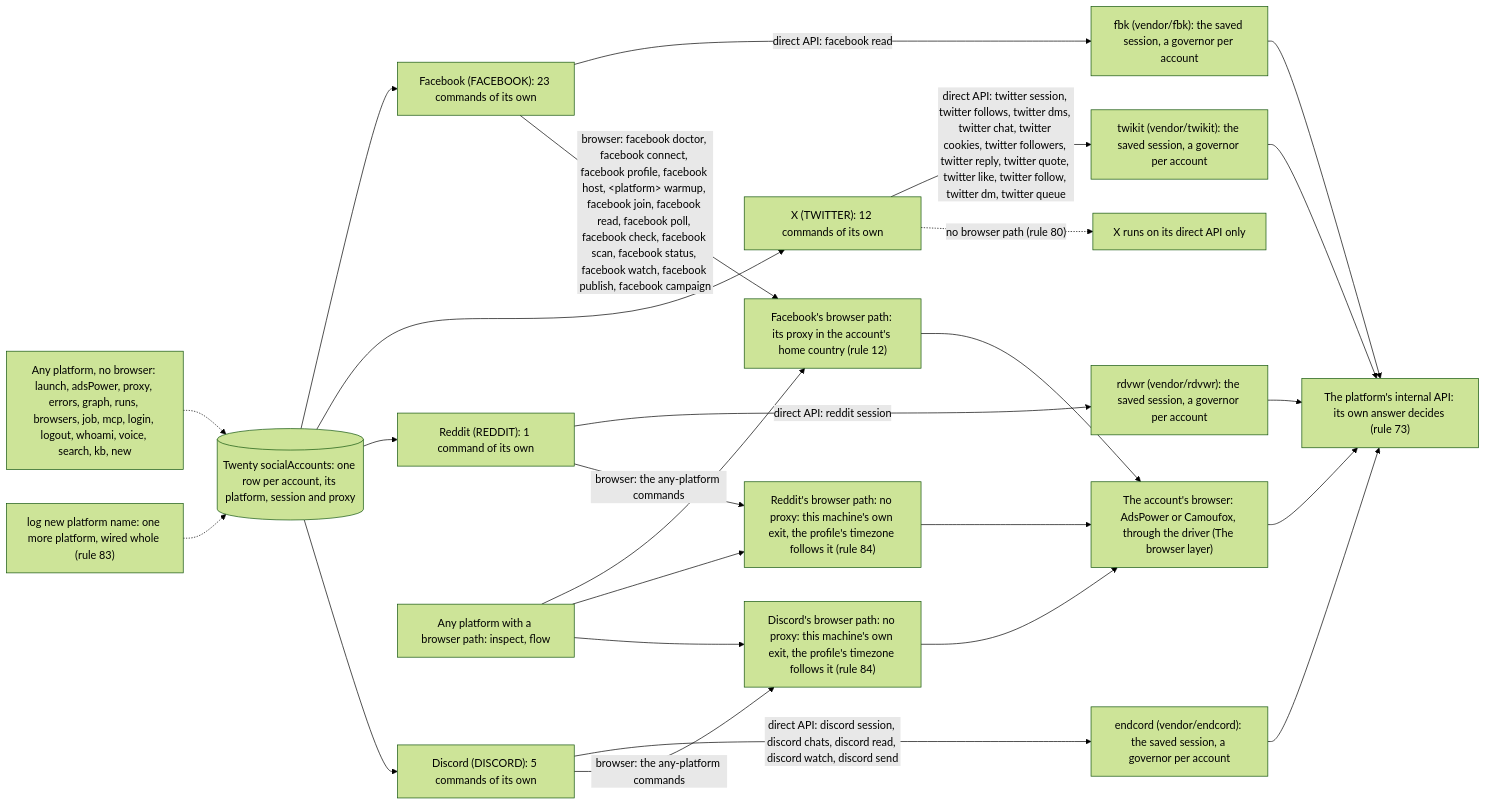
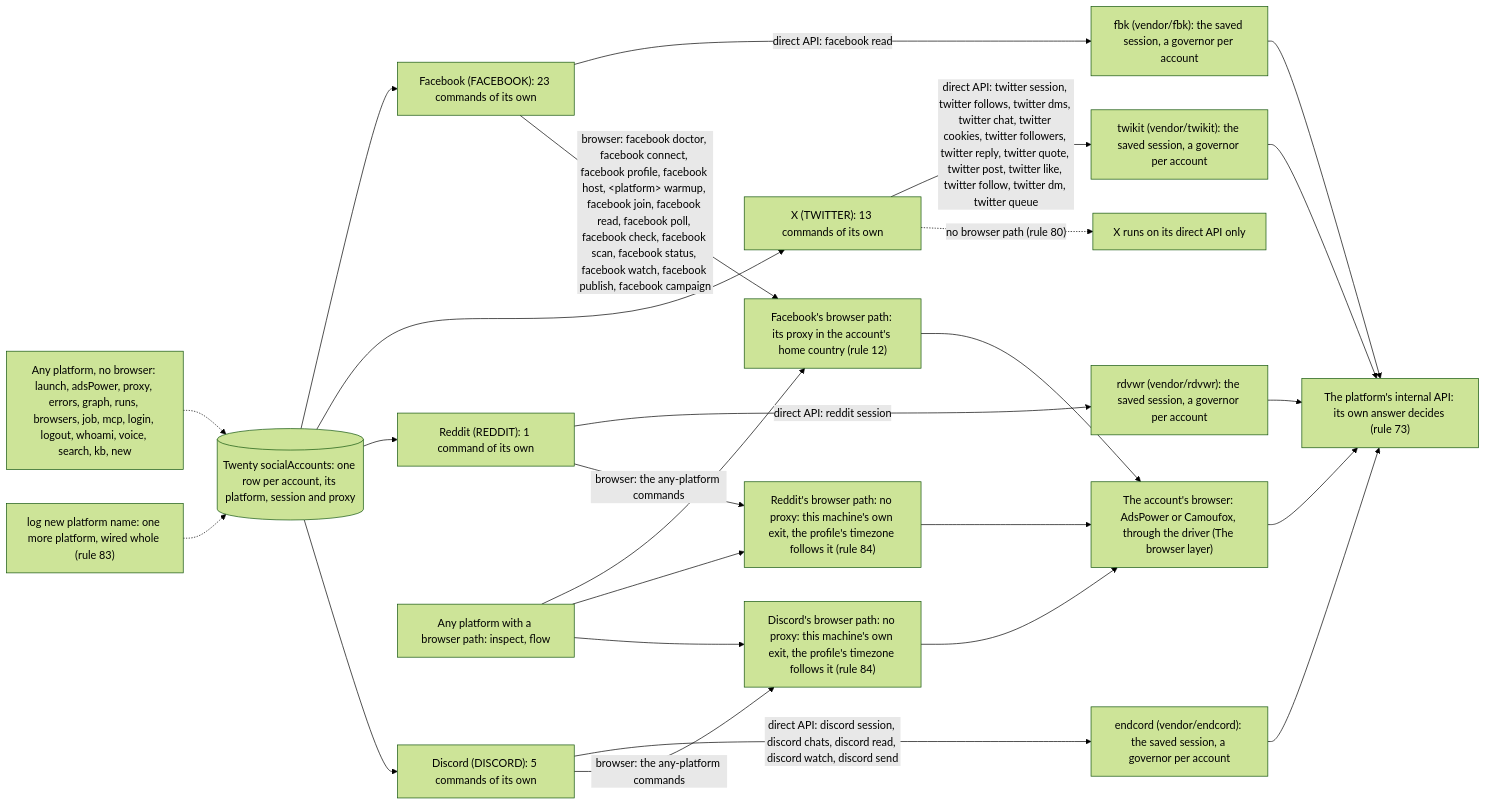
One commit to matthewdonsemail-lab/log changed the first of 6 diagrams in README.md. Above: the diagram before and after it, drawn with Mermaid (forest theme). The commit also changed other lines of this file and 22 other files, not shown here.

Commit message:
feat(twitter): log twitter post, an original post with a video or images

````diff
--- a/README.md
+++ b/README.md
@@ -126,37 +126,37 @@
 ```mermaid
 flowchart LR
   twenty[("Twenty socialAccounts: one row per account, its platform, session and proxy")]
   api["The platform's internal API: its own answer decides (rule 73)"]
   drivers["The account's browser: AdsPower or Camoufox, through the driver (The browser layer)"]
   p_facebook["Facebook (FACEBOOK): 23 commands of its own"]
   twenty --> p_facebook
   p_facebook -->|"direct API: facebook read"| e_fbk["fbk (vendor/fbk): the saved session, a governor per account"]
   e_fbk --> api
   p_facebook -->|"browser: facebook doctor, facebook connect, facebook profile, facebook host, #lt;platform#gt; warmup, facebook join, facebook read, facebook poll, facebook check, facebook scan, facebook status, facebook watch, facebook publish, facebook campaign"| b_facebook["Facebook's browser path: its proxy in the account's home country (rule 12)"]
   b_facebook --> drivers
-  p_twitter["X (TWITTER): 12 commands of its own"]
+  p_twitter["X (TWITTER): 13 commands of its own"]
   twenty --> p_twitter
-  p_twitter -->|"direct API: twitter session, twitter follows, twitter dms, twitter chat, twitter cookies, twitter followers, twitter reply, twitter quote, twitter like, twitter follow, twitter dm, twitter queue"| e_twikit["twikit (vendor/twikit): the saved session, a governor per account"]
+  p_twitter -->|"direct API: twitter session, twitter follows, twitter dms, twitter chat, twitter cookies, twitter followers, twitter reply, twitter quote, twitter post, twitter like, twitter follow, twitter dm, twitter queue"| e_twikit["twikit (vendor/twikit): the saved session, a governor per account"]
   e_twikit --> api
   p_twitter -.->|"no browser path (rule 80)"| nob_twitter["X runs on its direct API only"]
   p_reddit["Reddit (REDDIT): 1 command of its own"]
   twenty --> p_reddit
   p_reddit -->|"direct API: reddit session"| e_rdvwr["rdvwr (vendor/rdvwr): the saved session, a governor per account"]
   e_rdvwr --> api
   p_reddit -->|"browser: the any-platform commands"| b_reddit["Reddit's browser path: no proxy: this machine's own exit, the profile's timezone follows it (rule 84)"]
   b_reddit --> drivers
   p_discord["Discord (DISCORD): 5 commands of its own"]
   twenty --> p_discord
   p_discord -->|"direct API: discord session, discord chats, discord read, discord watch, discord send"| e_endcord["endcord (vendor/endcord): the saved session, a governor per account"]
   e_endcord --> api
   p_discord -->|"browser: the any-platform commands"| b_discord["Discord's browser path: no proxy: this machine's own exit, the profile's timezone follows it (rule 84)"]
   b_discord --> drivers
   anyB["Any platform with a browser path: inspect, flow"]
   anyB --> b_facebook
   anyB --> b_reddit
   anyB --> b_discord
   anyN["Any platform, no browser: launch, adsPower, proxy, errors, graph, runs, browsers, job, mcp, login, logout, whoami, voice, search, kb, new"]
   anyN -.-> twenty
   newP["log new platform name: one more platform, wired whole (rule 83)"] -.-> twenty
   drivers --> api
 ```
````
